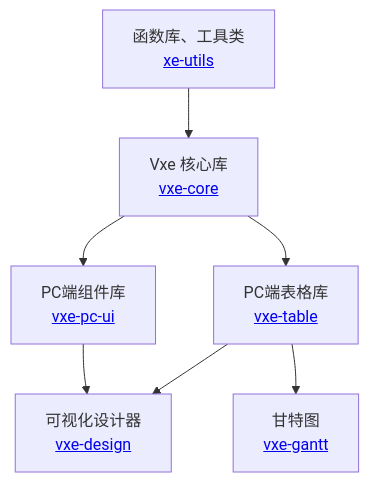
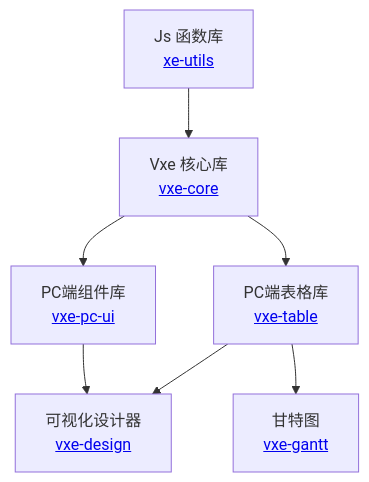
The first of 4 diagrams in framework.md (x-extends/vxe-ui-docs), drawn with Mermaid before and after one commit.

````diff
--- a/framework.md
+++ b/framework.md
@@ -3,9 +3,9 @@
 ```mermaid
 graph TD;
-    xe-utils[函数库、工具类<br><a href="https://github.com/x-extends/xe-utils" target="_blank">xe-utils</a>]-->vxe-core[Vxe 核心库<br><a href="https://github.com/x-extends/vxe-core" target="_blank">vxe-core</a>];
+    xe-utils[Js 函数库<br><a href="https://github.com/x-extends/xe-utils" target="_blank">xe-utils</a>]-->vxe-core[Vxe 核心库<br><a href="https://github.com/x-extends/vxe-core" target="_blank">vxe-core</a>];
     vxe-core-->vxe-pc-ui;
     vxe-core-->vxe-table;
     vxe-table-->vxe-gantt[甘特图<br><a href="https://github.com/x-extends/vxe-gantt" target="_blank">vxe-gantt</a>];
     vxe-pc-ui[PC端组件库<br><a href="https://github.com/x-extends/vxe-pc-ui" target="_blank">vxe-pc-ui</a>]-->vxe-design[可视化设计器<br><a href="https://github.com/x-extends/vxe-design" target="_blank">vxe-design</a>];
     vxe-table[PC端表格库<br><a href="https://github.com/x-extends/vxe-table" target="_blank">vxe-table</a>]-->vxe-design;
 ```
````
